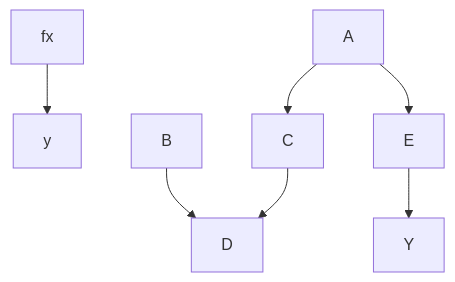
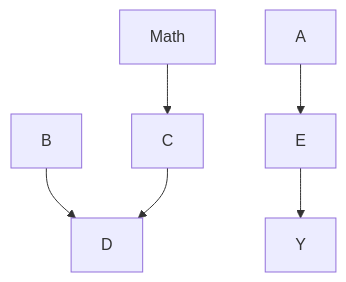
One commit to ccmas88/Hello-World changed the diagram in README.md. Above: the diagram before and after it, drawn with Mermaid.

````diff
--- a/README.md
+++ b/README.md
@@ -6,8 +6,7 @@
 ```mermaid
 graph TD;
-    fx-->y;
-    A-->C;
+    Math-->C;
     A-->E-->Y;
     B-->D;
     C-->D;
 ```
````
